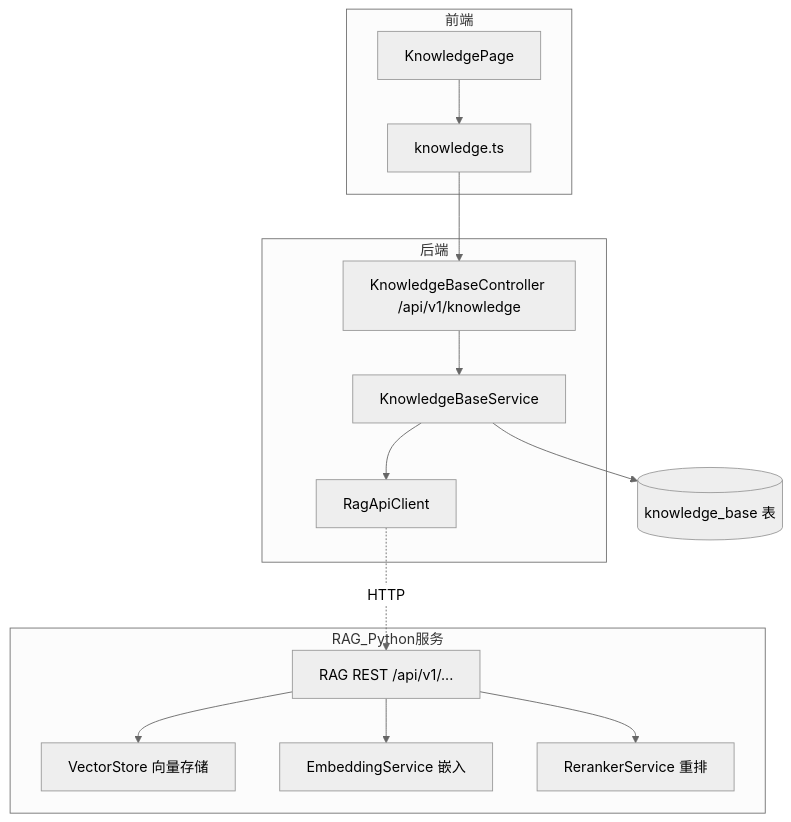
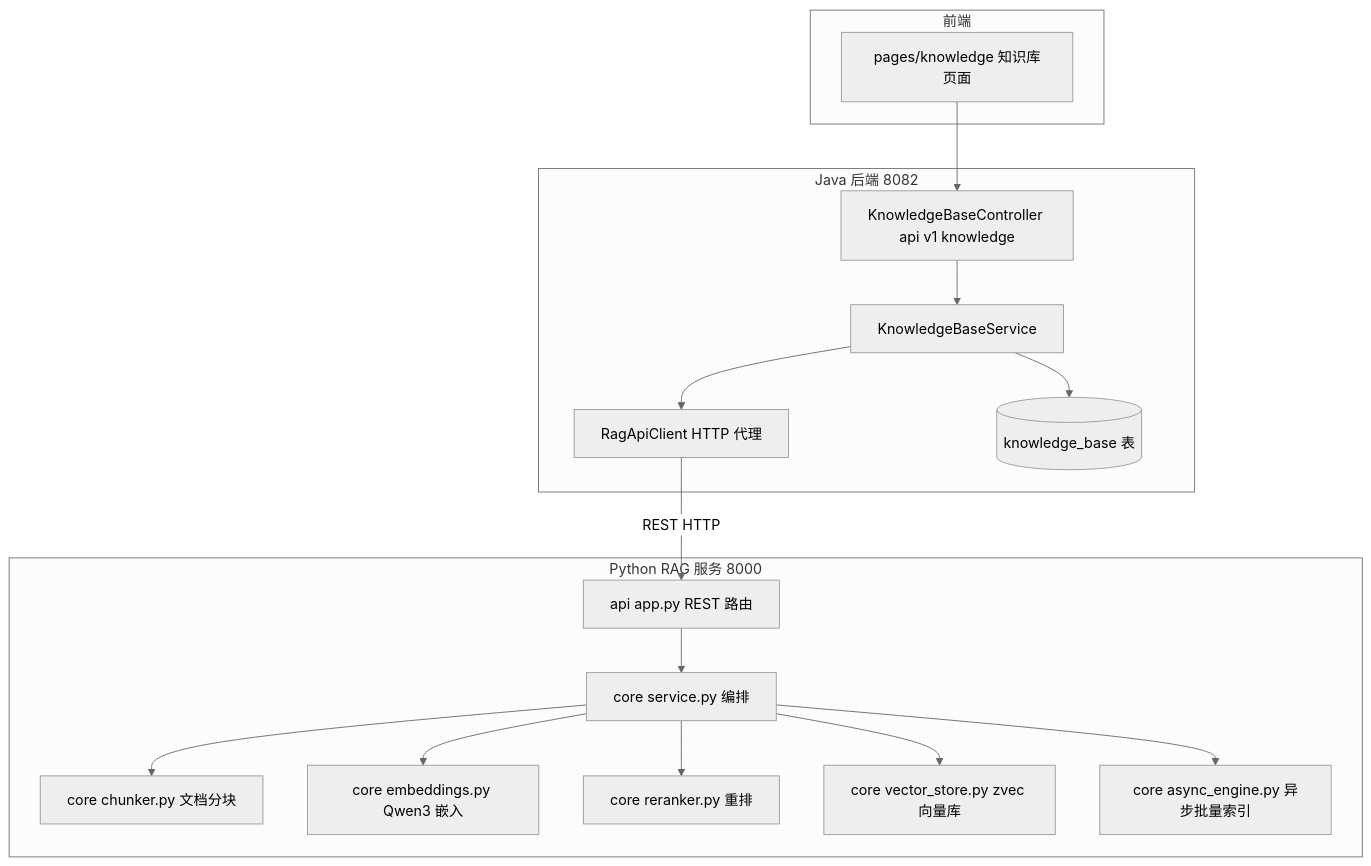
Before and after one commit to mambo-wang/CodingHub: the first of 3 diagrams in repowiki/wiki/modules/知识库与RAG.md, drawn with Mermaid (neutral theme). The commit also changed other lines of this file and 59 other files, not shown here.

````diff
--- a/repowiki/wiki/modules/知识库与RAG.md
+++ b/repowiki/wiki/modules/知识库与RAG.md
@@ -27,24 +23,32 @@
 ```mermaid
 graph TD
     subgraph "前端"
-        KBP[KnowledgePage]
-        KBS[knowledge.ts]
+        KBPage[pages/knowledge 知识库页面]
     end
-    subgraph "后端"
-        KBC[KnowledgeBaseController /api/v1/knowledge]
+    subgraph "Java 后端 8082"
+        KBCtl[KnowledgeBaseController api v1 knowledge]
         KBSvc[KnowledgeBaseService]
-        RAC[RagApiClient]
+        RagClient[RagApiClient HTTP 代理]
+        KBTbl[(knowledge_base 表)]
     end
-    subgraph "RAG_Python服务"
-        VS[VectorStore 向量存储]
-        ES[EmbeddingService 嵌入]
-        RS[RerankerService 重排]
-        API[RAG REST /api/v1/...]
+    subgraph "Python RAG 服务 8000"
+        App[api app.py REST 路由]
+        Svc[core service.py 编排]
+        Chunker[core chunker.py 文档分块]
+        Embed[core embeddings.py Qwen3 嵌入]
+        Rerank[core reranker.py 重排]
+        VStore[core vector_store.py zvec 向量库]
+        AsyncE[core async_engine.py 异步批量索引]
     end
-    KBP --> KBS --> KBC --> KBSvc
-    KBSvc --> RAC -.HTTP.-> API
-    API --> ES
-    API --> VS
-    API --> RS
-    KBSvc --> KB[(knowledge_base 表)]
+    KBPage --> KBCtl
+    KBCtl --> KBSvc
+    KBSvc --> KBTbl
+    KBSvc --> RagClient
+    RagClient -->|REST HTTP| App
+    App --> Svc
+    Svc --> Chunker
+    Svc --> Embed
+    Svc --> Rerank
+    Svc --> VStore
+    Svc --> AsyncE
 ```
````
